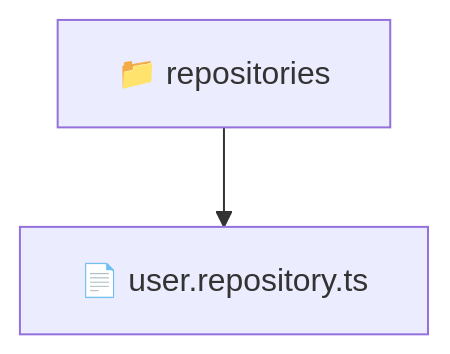
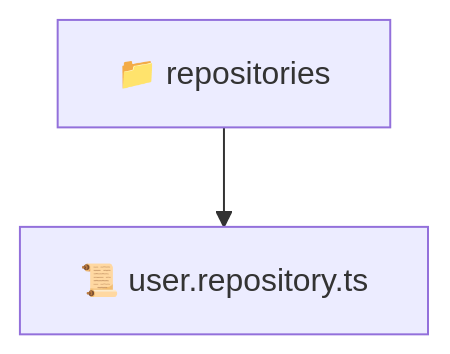
The diagram in backend/src/modules/user/infrastructure/repositories/README.md (beginwebdev2002/fullstack-mavluda), drawn with Mermaid before and after one commit. The commit also changed other lines of this file and 163 other files, not shown here.

````diff
--- a/backend/src/modules/user/infrastructure/repositories/README.md
+++ b/backend/src/modules/user/infrastructure/repositories/README.md
@@ -9,5 +9,5 @@
 ```mermaid
 graph TD
-  Root["📁 repositories"]
-  Root --> user_repository_ts["📄 user.repository.ts"]
+  repositories["📁 repositories"]
+  repositories --> user_repository_ts["📜 user.repository.ts"]
 ```
````
